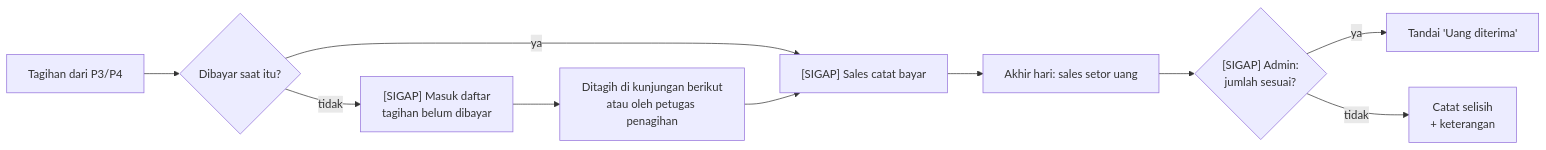
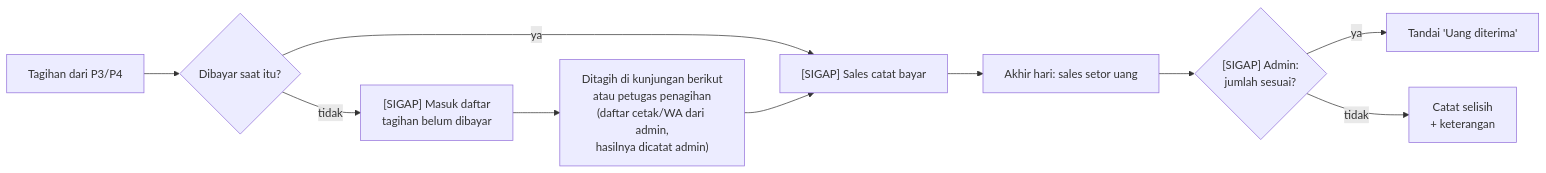
The fifth of 8 diagrams in docs/pengembangan/03_Business_Process_Model.md (glayOne23/ums-hackaton-arb02), drawn with Mermaid before and after one commit. The commit also changed other lines of this file and 4 other files, not shown here.

````diff
--- a/docs/pengembangan/03_Business_Process_Model.md
+++ b/docs/pengembangan/03_Business_Process_Model.md
@@ -114,12 +114,12 @@
 ```mermaid
 flowchart LR
   t1["Tagihan dari P3/P4"] --> t2{"Dibayar saat itu?"}
   t2 -- ya --> t3["[SIGAP] Sales catat bayar"]
   t2 -- tidak --> t4["[SIGAP] Masuk daftar<br/>tagihan belum dibayar"]
-  t4 --> t5["Ditagih di kunjungan berikut<br/>atau oleh petugas penagihan"]
+  t4 --> t5["Ditagih di kunjungan berikut<br/>atau petugas penagihan<br/>(daftar cetak/WA dari admin,<br/>hasilnya dicatat admin)"]
   t5 --> t3
   t3 --> t6["Akhir hari: sales setor uang"]
   t6 --> t7{"[SIGAP] Admin:<br/>jumlah sesuai?"}
   t7 -- ya --> t8["Tandai 'Uang diterima'"]
   t7 -- tidak --> t9["Catat selisih<br/>+ keterangan"]
 ```
````
